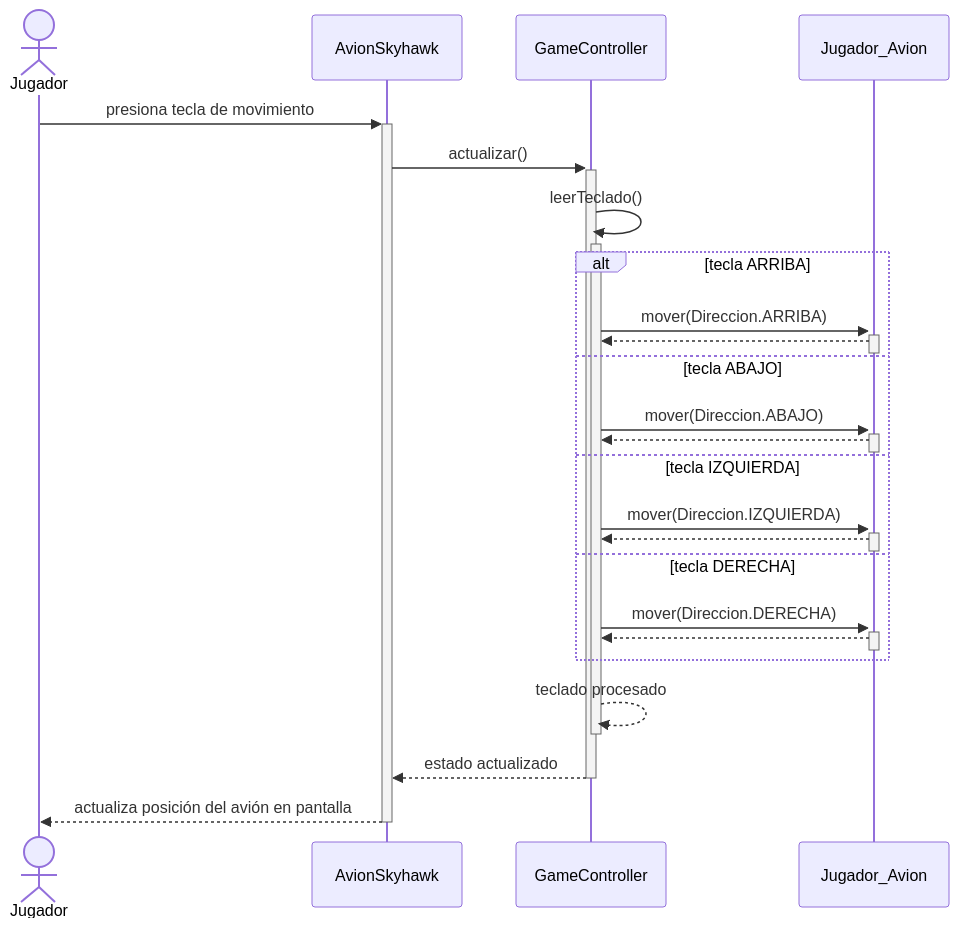
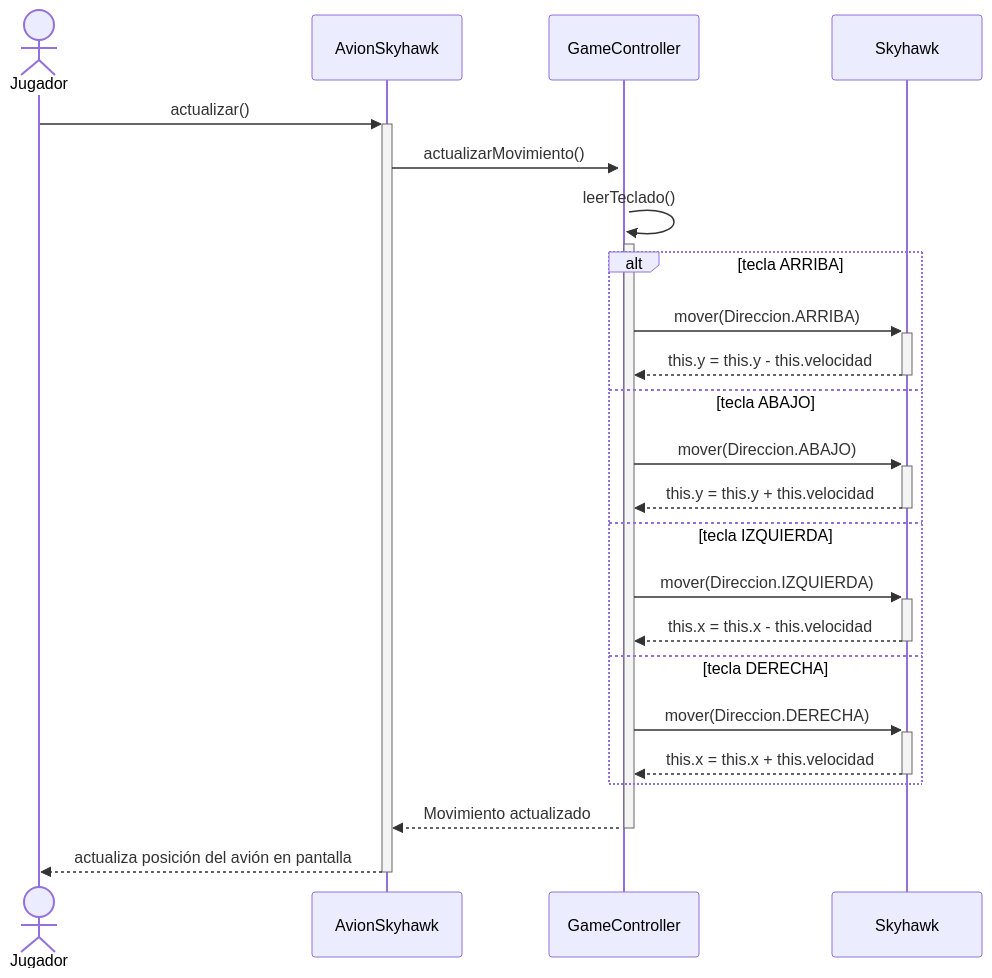
Before and after one commit to chiaraarego/Grupo-2---Skyhawk: the second of 6 diagrams in Diagramas/diagram_Secuencias_Actualizados.md, drawn with Mermaid. The commit also changed other lines of this file, not shown here.

Commit message:
Actualizar diagramas de secuencia (pausar/reanudar y estadisticas)

````diff
--- a/Diagramas/diagram_Secuencias_Actualizados.md
+++ b/Diagramas/diagram_Secuencias_Actualizados.md
@@ -46,37 +41,35 @@
 ```mermaid
 sequenceDiagram
     actor Jugador
     participant AvionSkyhawk
     participant GameController
-    participant Jugador_Avion
+    participant Skyhawk
 
-    Jugador ->> +AvionSkyhawk : presiona tecla de movimiento
+    Jugador ->> +AvionSkyhawk : actualizar()
 
-    AvionSkyhawk ->> +GameController : actualizar()
+    AvionSkyhawk ->> +GameController : actualizarMovimiento()
 
     %% Abre la activación interna para leer el teclado
     GameController ->> +GameController : leerTeclado()
 
     alt tecla ARRIBA
-        GameController ->> +Jugador_Avion : mover(Direccion.ARRIBA)
-        Jugador_Avion -->> -GameController : 
+        GameController ->> +Skyhawk : mover(Direccion.ARRIBA)
+        Skyhawk -->> -GameController : this.y = this.y - this.velocidad
     else tecla ABAJO
-        GameController ->> +Jugador_Avion : mover(Direccion.ABAJO)
-        Jugador_Avion -->> -GameController : 
+        GameController ->> +Skyhawk : mover(Direccion.ABAJO)
+        Skyhawk -->> -GameController : this.y = this.y + this.velocidad
     else tecla IZQUIERDA
-        GameController ->> +Jugador_Avion : mover(Direccion.IZQUIERDA)
-        Jugador_Avion -->> -GameController : 
+        GameController ->> +Skyhawk : mover(Direccion.IZQUIERDA)
+        Skyhawk -->> -GameController : this.x = this.x - this.velocidad
     else tecla DERECHA
-        GameController ->> +Jugador_Avion : mover(Direccion.DERECHA)
-        Jugador_Avion -->> -GameController : 
+        GameController ->> +Skyhawk : mover(Direccion.DERECHA)
+        Skyhawk -->> -GameController : this.x = this.x + this.velocidad
     end
 
-    %% Cierra la lectura del teclado primero
-    GameController -->> -GameController : teclado procesado
     
     %% Retorna el flujo al objeto principal de la app
-    GameController -->> -AvionSkyhawk : estado actualizado
+    GameController -->> -AvionSkyhawk : Movimiento actualizado
 
     %% RESPUESTA FINAL AL JUGADOR:
     AvionSkyhawk -->> -Jugador : actualiza posición del avión en pantalla
 ```
````
